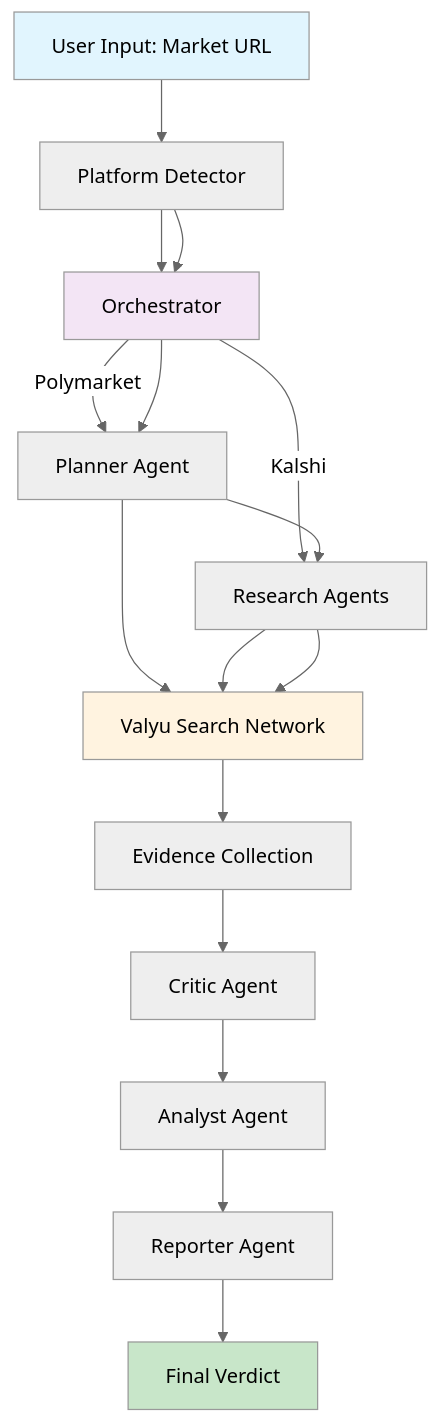
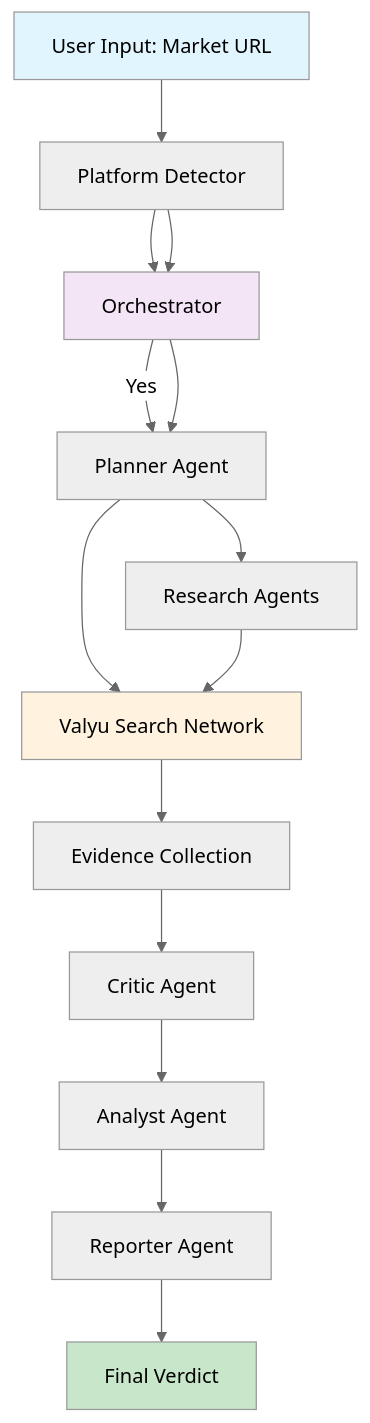
One commit to pradeepreddyvv/agentic-search- changed the first of 4 diagrams in README.md. Above: the diagram before and after it, drawn with Mermaid (neutral theme). The commit also changed other lines of this file and 11 other files, not shown here.

````diff
--- a/README.md
+++ b/README.md
@@ -48,23 +48,21 @@
 ```mermaid
 graph TD
     A[User Input: Market URL] --> B[Platform Detector]
-    B --> C{Polymarket or Kalshi?}
-    C -->|Polymarket| D[Polymarket API Client]
-    C -->|Kalshi| E[Kalshi API Client]
-    D --> F[Unified Market Data]
-    E --> F
+  B --> C{Polymarket?}
+  C -->|Yes| D[Polymarket API Client]
+  D --> F[Unified Market Data]
     B --> C[Orchestrator]
     C --> D[Planner Agent]
     D --> E[Research Agents]
     E --> F[Valyu Search Network]
     F --> G[Evidence Collection]
     G --> H[Critic Agent]
     H --> I[Analyst Agent]
     I --> J[Reporter Agent]
     J --> K[Final Verdict]
     
     style A fill:#e1f5fe
     style K fill:#c8e6c9
     style F fill:#fff3e0
     style C fill:#f3e5f5
 ```
````
